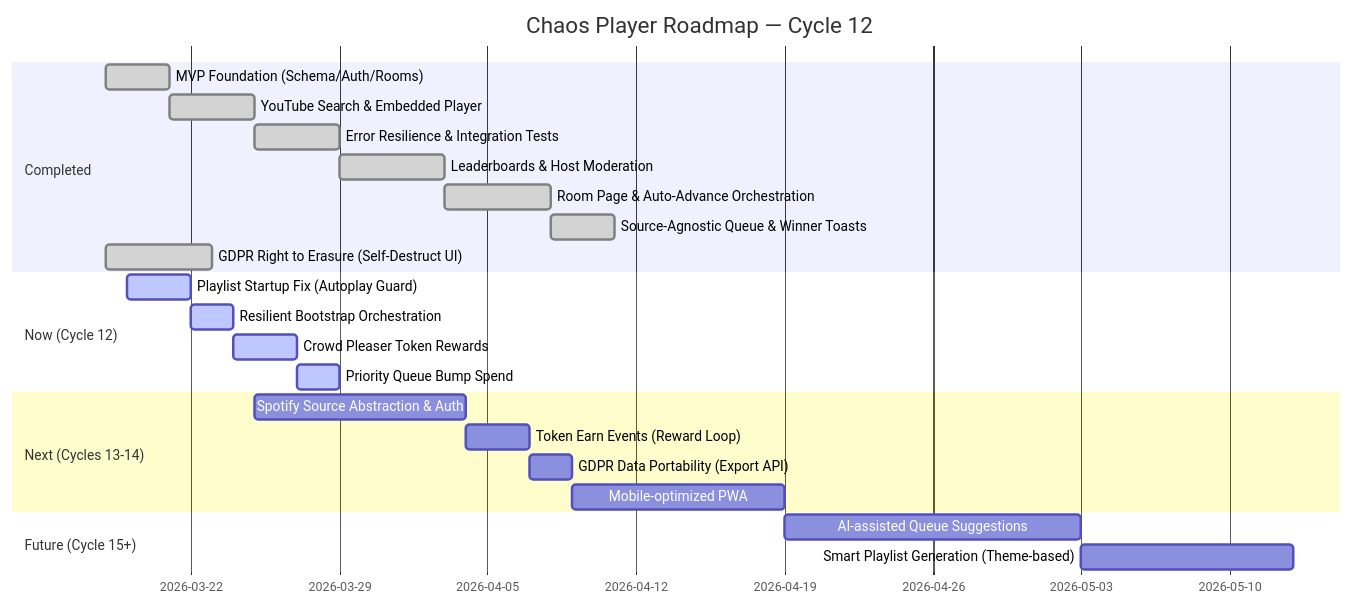
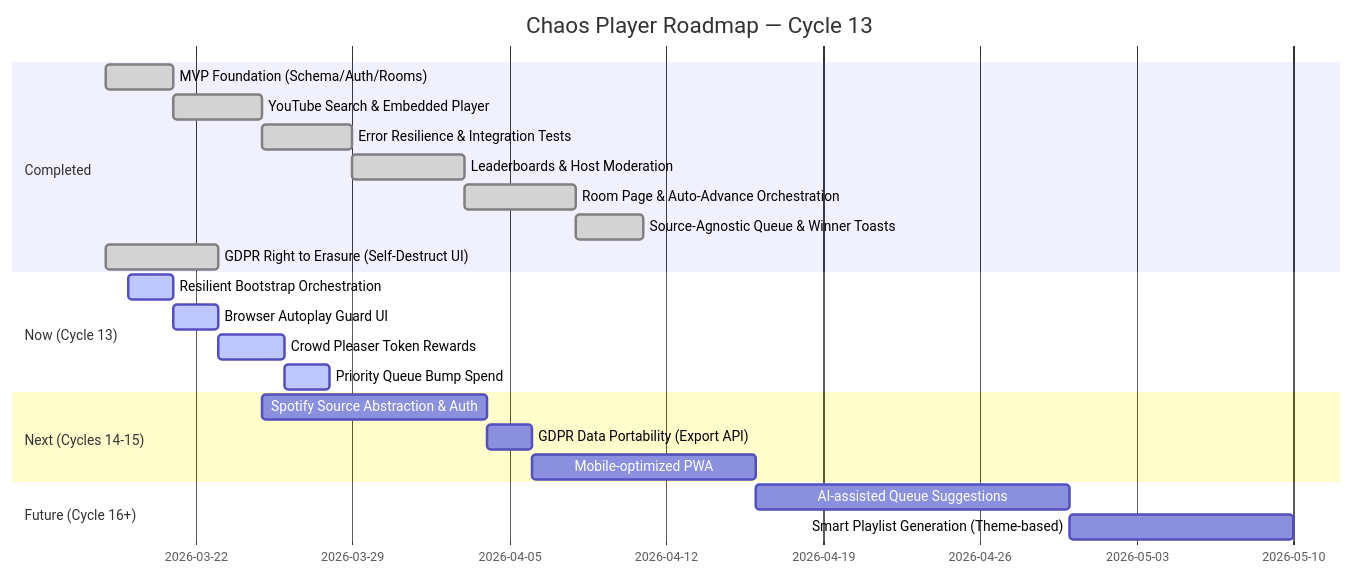
The diagram in ROADMAP.md (akozma89/chaos-player), drawn with Mermaid before and after one commit. The commit also changed 11 other files, not shown here.

Commit message:
feat(ux): implement resilient playlist bootstrap and polish YouTube search keyboard nav

````diff
--- a/ROADMAP.md
+++ b/ROADMAP.md
@@ -3,30 +3,29 @@
 ```mermaid
 gantt
-  title Chaos Player Roadmap — Cycle 12
+  title Chaos Player Roadmap — Cycle 13
   dateFormat YYYY-MM-DD
 
   section Completed
     MVP Foundation (Schema/Auth/Rooms)          :done, c1, 2026-03-18, 3d
     YouTube Search & Embedded Player            :done, c2, after c1, 4d
     Error Resilience & Integration Tests        :done, c3, after c2, 4d
     Leaderboards & Host Moderation              :done, c4, after c3, 5d
     Room Page & Auto-Advance Orchestration      :done, c5, after c4, 5d
     Source-Agnostic Queue & Winner Toasts       :done, c6, after c5, 3d
     GDPR Right to Erasure (Self-Destruct UI)    :done, c7, 2026-03-18, 5d
 
-  section Now (Cycle 12)
-    Playlist Startup Fix (Autoplay Guard)       :active, c12-1, 2026-03-19, 3d
-    Resilient Bootstrap Orchestration           :active, c12-2, after c12-1, 2d
-    Crowd Pleaser Token Rewards                 :active, c12-3, after c12-2, 3d
-    Priority Queue Bump Spend                   :active, c12-4, after c12-3, 2d
+  section Now (Cycle 13)
+    Resilient Bootstrap Orchestration           :active, c13-1, 2026-03-19, 2d
+    Browser Autoplay Guard UI                   :active, c13-2, after c13-1, 2d
+    Crowd Pleaser Token Rewards                 :active, c13-3, after c13-2, 3d
+    Priority Queue Bump Spend                   :active, c13-4, after c13-3, 2d
 
-  section Next (Cycles 13-14)
+  section Next (Cycles 14-15)
     Spotify Source Abstraction & Auth           :next1, 2026-03-25, 10d
-    Token Earn Events (Reward Loop)             :next2, after next1, 3d
-    GDPR Data Portability (Export API)          :next3, after next2, 2d
-    Mobile-optimized PWA                        :next4, after next3, 10d
+    GDPR Data Portability (Export API)          :next2, after next1, 2d
+    Mobile-optimized PWA                        :next3, after next2, 10d
 
-  section Future (Cycle 15+)
-    AI-assisted Queue Suggestions               :future1, after next4, 14d
+  section Future (Cycle 16+)
+    AI-assisted Queue Suggestions               :future1, after next3, 14d
     Smart Playlist Generation (Theme-based)     :future2, after future1, 10d
 ```
````
